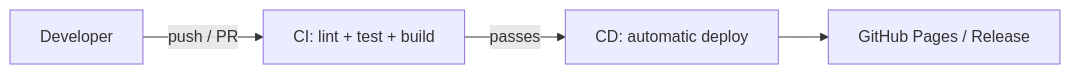
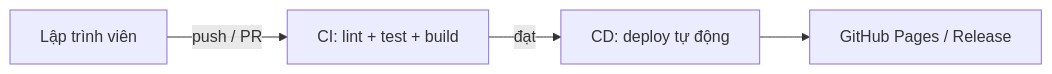
Before and after one commit to kai261199/Github-CI-CD-Example: the first of 2 diagrams in knowledge.md, drawn with Mermaid. The commit also changed other lines of this file and 2 other files, not shown here.

````diff
--- a/knowledge.md
+++ b/knowledge.md
@@ -24,6 +24,6 @@
 ```mermaid
 flowchart LR
-    Dev[Developer] -->|push / PR| CI[CI: lint + test + build]
-    CI -->|passes| CD[CD: automatic deploy]
+    Dev[Lập trình viên] -->|push / PR| CI[CI: lint + test + build]
+    CI -->|đạt| CD[CD: deploy tự động]
     CD --> Prod[GitHub Pages / Release]
 ```
````
